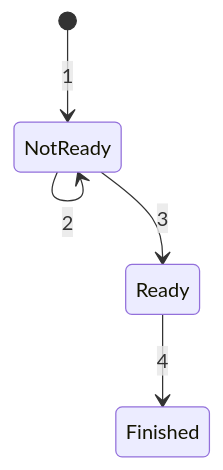
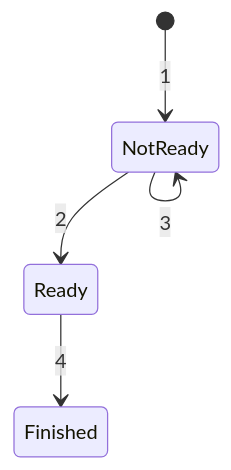
Before and after one commit to hy-huang20/rust-learning: the diagram in readme.md, drawn with Mermaid. The commit also changed other lines of this file, not shown here.

````diff
--- a/readme.md
+++ b/readme.md
@@ -88,8 +93,8 @@
 ```mermaid
 stateDiagram
     [*] --> NotReady: 1
-    NotReady --> NotReady: 2
-    NotReady --> Ready: 3
+    NotReady --> Ready: 2
+    NotReady --> NotReady: 3
     Ready --> Finished: 4
     
 ```
````
